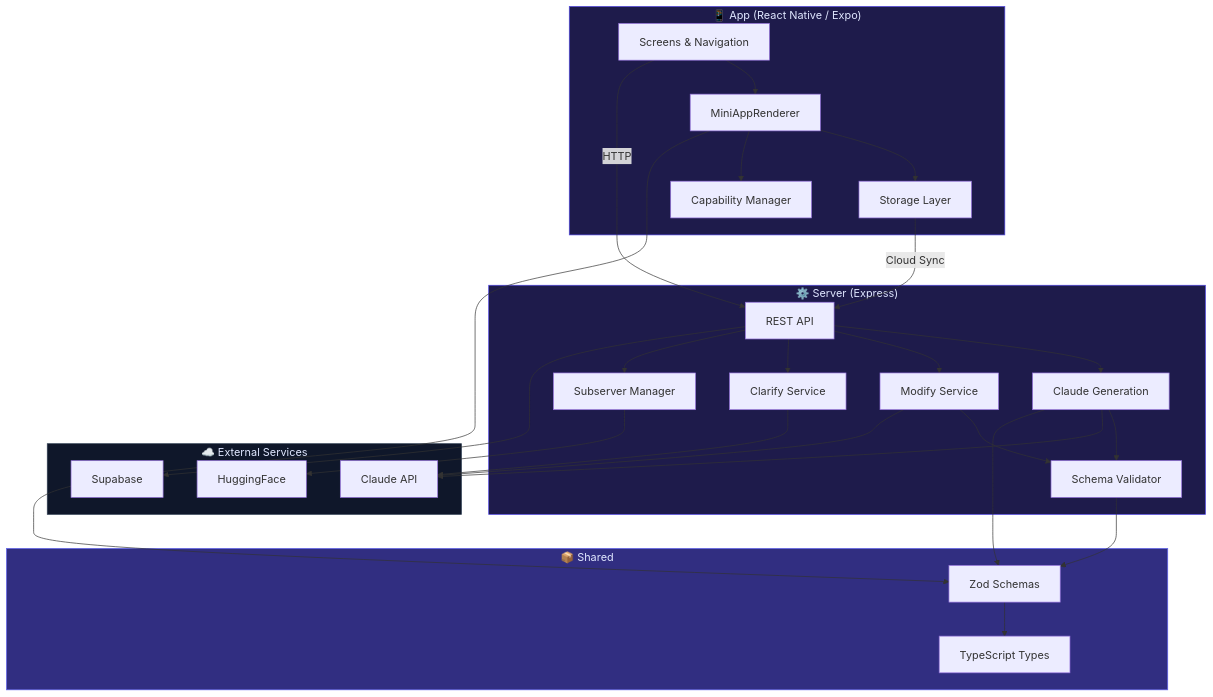
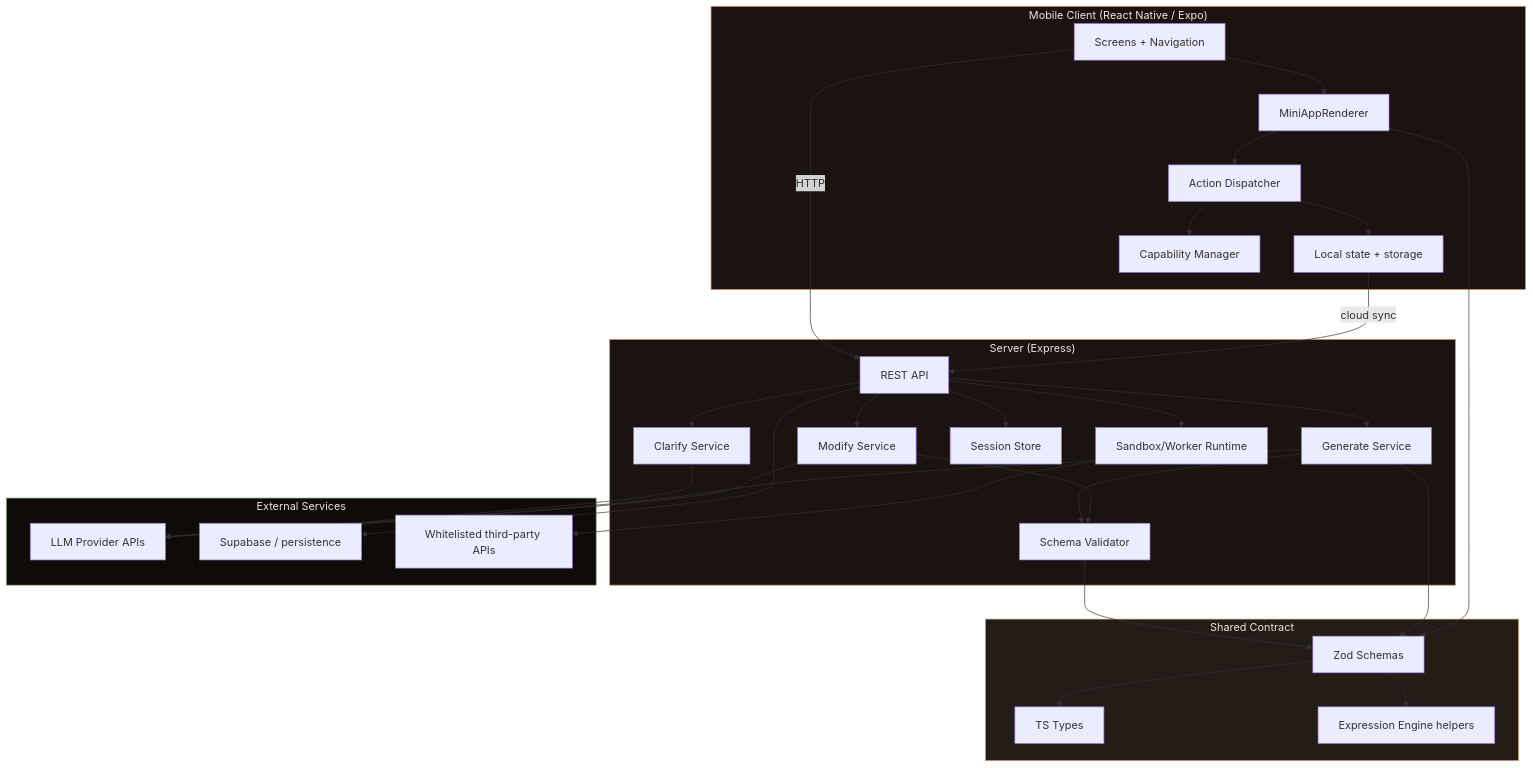
Before and after one commit to wartelth/baristapp: the first of 3 diagrams in docs/docs/architecture/overview.md, drawn with Mermaid. The commit also changed other lines of this file and 304 other files, not shown here.

````diff
--- a/docs/docs/architecture/overview.md
+++ b/docs/docs/architecture/overview.md
@@ -12,58 +12,64 @@
 ```mermaid
 graph TB
-    subgraph Client["📱 App (React Native / Expo)"]
-        UI["Screens & Navigation"]
+    subgraph Client["Mobile Client (React Native / Expo)"]
+        UI["Screens + Navigation"]
         Renderer["MiniAppRenderer"]
-        Storage["Storage Layer"]
+        Actions["Action Dispatcher"]
+        Local["Local state + storage"]
         Caps["Capability Manager"]
     end
 
-    subgraph Server["⚙️ Server (Express)"]
+    subgraph Server["Server (Express)"]
         API["REST API"]
-        Gen["Claude Generation"]
-        Mod["Modify Service"]
-        Clar["Clarify Service"]
-        Sub["Subserver Manager"]
-        Val["Schema Validator"]
+        Clarify["Clarify Service"]
+        Generate["Generate Service"]
+        Modify["Modify Service"]
+        Validate["Schema Validator"]
+        Session["Session Store"]
+        Runtime["Sandbox/Worker Runtime"]
     end
 
-    subgraph Shared["📦 Shared"]
+    subgraph Shared["Shared Contract"]
         Schema["Zod Schemas"]
-        Types["TypeScript Types"]
+        Types["TS Types"]
+        Expr["Expression Engine helpers"]
     end
 
-    subgraph External["☁️ External Services"]
-        Claude["Claude API"]
-        Supa["Supabase"]
-        HF["HuggingFace"]
+    subgraph External["External Services"]
+        LLM["LLM Provider APIs"]
+        DB["Supabase / persistence"]
+        Third["Whitelisted third-party APIs"]
     end
 
     UI --> Renderer
-    Renderer --> Storage
-    Renderer --> Caps
+    Renderer --> Actions
+    Actions --> Local
+    Actions --> Caps
     UI -->|HTTP| API
 
-    API --> Gen
-    API --> Mod
-    API --> Clar
-    API --> Sub
-    Gen --> Val
-    Mod --> Val
+    API --> Clarify
+    API --> Generate
+    API --> Modify
+    Generate --> Validate
+    Modify --> Validate
+    API --> Session
+    API --> Runtime
 
-    Gen --> Claude
-    Mod --> Claude
-    Clar --> Claude
-    Sub --> HF
-    API --> Supa
-    Storage -->|Cloud Sync| API
+    Clarify --> LLM
+    Generate --> LLM
+    Modify --> LLM
+    API --> DB
+    Runtime --> Third
+    Local -->|cloud sync| API
 
-    Val --> Schema
-    Gen --> Schema
+    Validate --> Schema
+    Generate --> Schema
     Renderer --> Schema
     Schema --> Types
+    Schema --> Expr
 
-    style Client fill:#1e1b4b,color:#e0e7ff,stroke:#4f46e5
-    style Server fill:#1e1b4b,color:#e0e7ff,stroke:#4f46e5
-    style Shared fill:#312e81,color:#e0e7ff,stroke:#6366f1
-    style External fill:#0f172a,color:#e0e7ff,stroke:#334155
+    style Client fill:#1a1310,color:#ede5dc,stroke:#c67c4e
+    style Server fill:#1a1310,color:#ede5dc,stroke:#c67c4e
+    style Shared fill:#241c16,color:#ede5dc,stroke:#d4956a
+    style External fill:#0f0b08,color:#ede5dc,stroke:#7b9a6d
 ```
````
